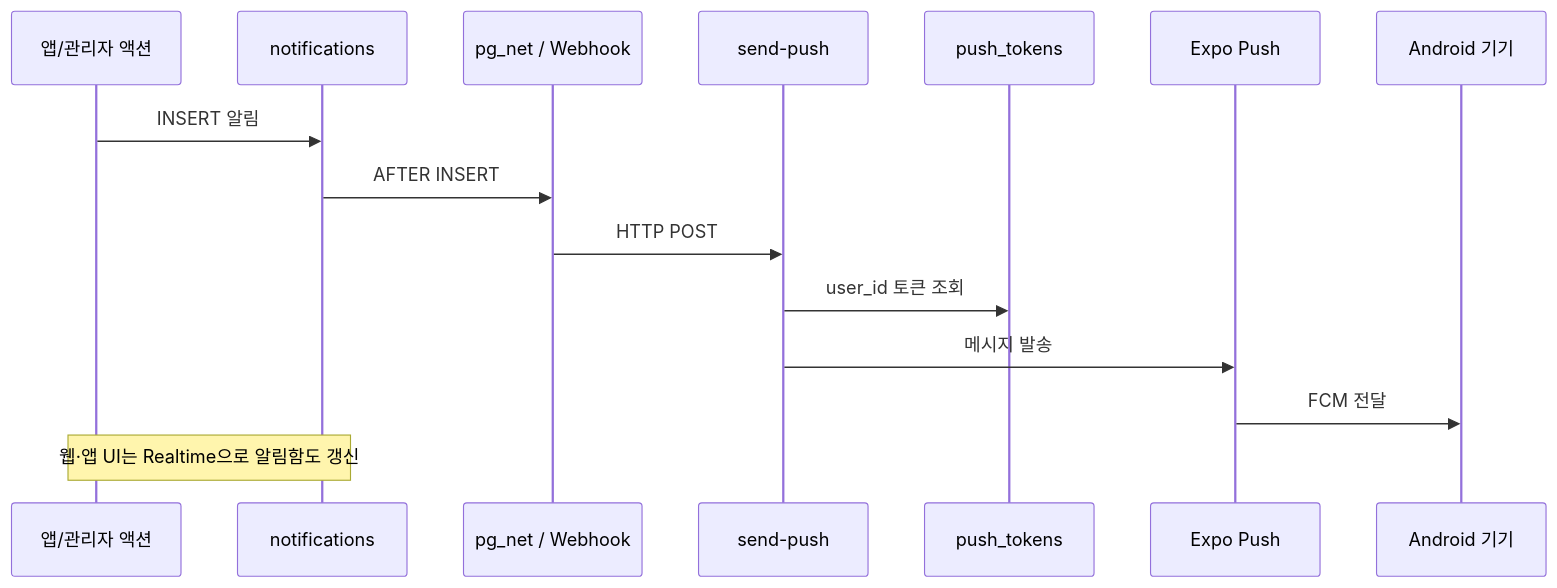
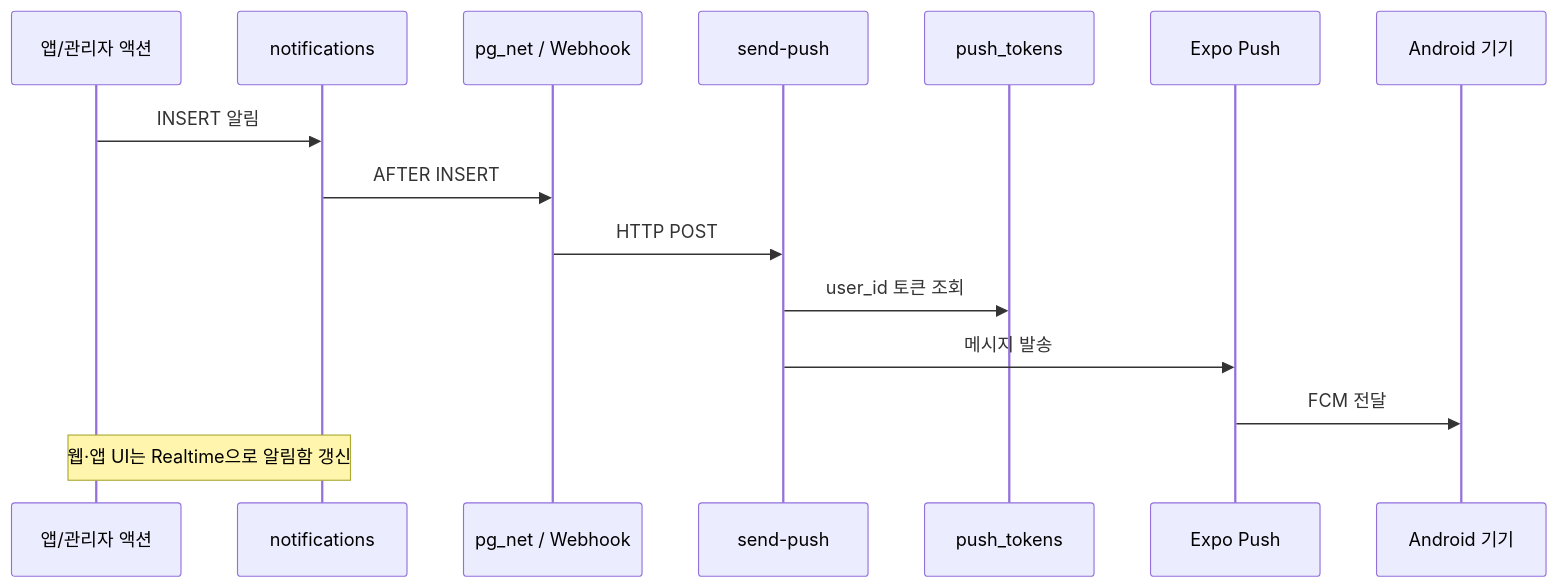
One commit to Jajungi/Dropsite changed the sixth of 8 diagrams in docs/ARCHITECTURE.md. Above: the diagram before and after it, drawn with Mermaid. The commit also changed other lines of this file and 8 other files, not shown here.

````diff
--- a/docs/ARCHITECTURE.md
+++ b/docs/ARCHITECTURE.md
@@ -152,18 +155,18 @@
 ```mermaid
 sequenceDiagram
   participant App as 앱/관리자 액션
   participant DB as notifications
   participant Trig as pg_net / Webhook
   participant FN as send-push
   participant Tokens as push_tokens
   participant Expo as Expo Push
   participant Phone as Android 기기
 
   App->>DB: INSERT 알림
   DB->>Trig: AFTER INSERT
   Trig->>FN: HTTP POST
   FN->>Tokens: user_id 토큰 조회
   FN->>Expo: 메시지 발송
   Expo->>Phone: FCM 전달
-  Note over App,DB: 웹·앱 UI는 Realtime으로 알림함도 갱신
+  Note over App,DB: 웹·앱 UI는 Realtime으로 알림함 갱신
 ```
````
